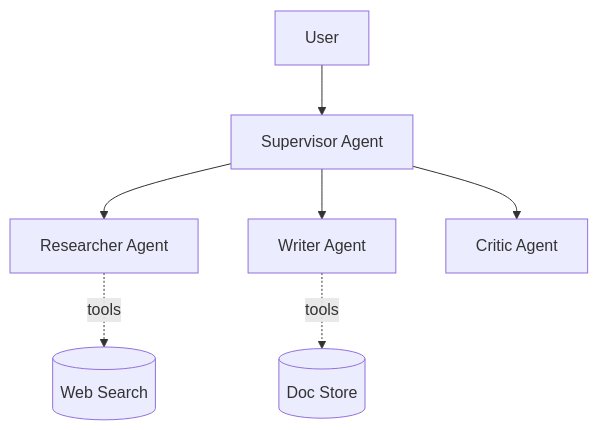
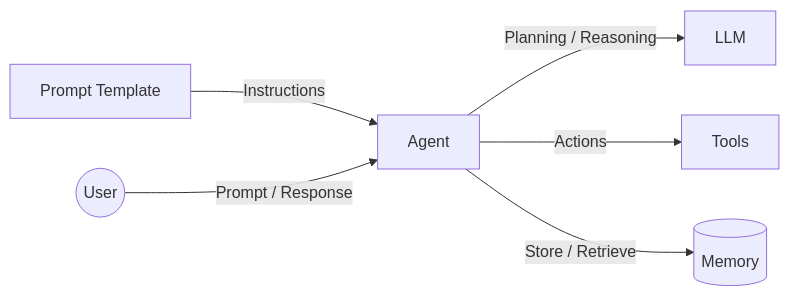
The first of 4 diagrams in 02-architecture/webinars/07-ai-agents-i-multi-agent-systems.md (ZubikIT/ai-architect), drawn with Mermaid before and after one commit. The commit also changed other lines of this file and 1 other file, not shown here.

First line of the commit message:
docs(02-architecture): слайды урока 07 + заполненный конспект (AI-агенты, MAS)

````diff
--- a/02-architecture/webinars/07-ai-agents-i-multi-agent-systems.md
+++ b/02-architecture/webinars/07-ai-agents-i-multi-agent-systems.md
@@ -59,9 +45,8 @@
 ```mermaid
-flowchart TB
-  U[User] --> S[Supervisor Agent]
-  S --> A1[Researcher Agent]
-  S --> A2[Writer Agent]
-  S --> A3[Critic Agent]
-  A1 -.tools.-> T1[(Web Search)]
-  A2 -.tools.-> T2[(Doc Store)]
+flowchart LR
+  PT[Prompt Template] -- Instructions --> AG
+  U((User)) -- Prompt / Response --> AG[Agent]
+  AG -- Planning / Reasoning --> LLM[LLM]
+  AG -- Actions --> T[Tools]
+  AG -- Store / Retrieve --> M[(Memory)]
 ```
````
